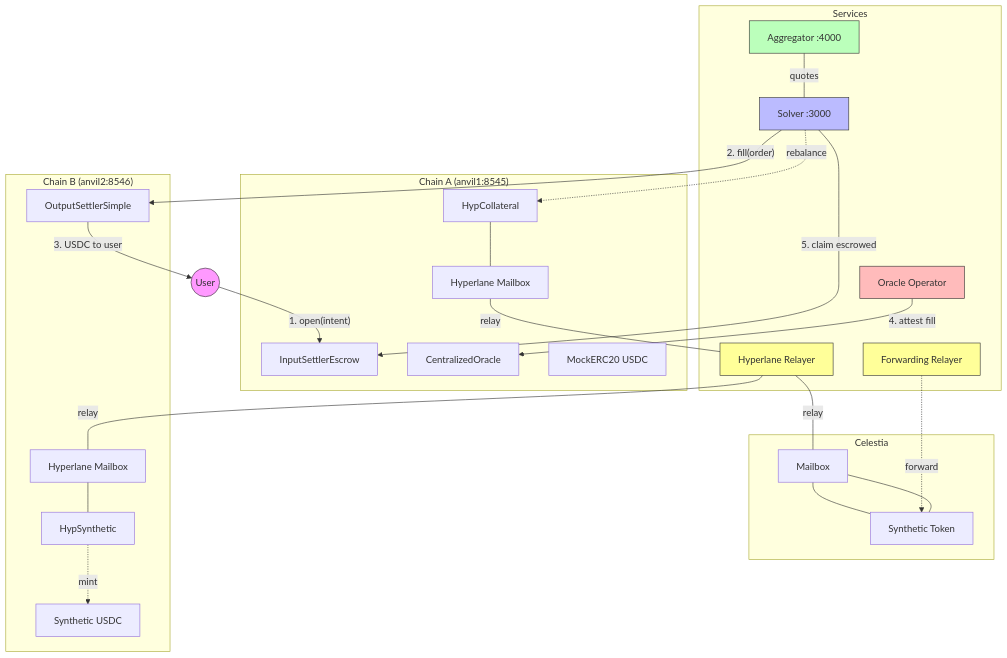
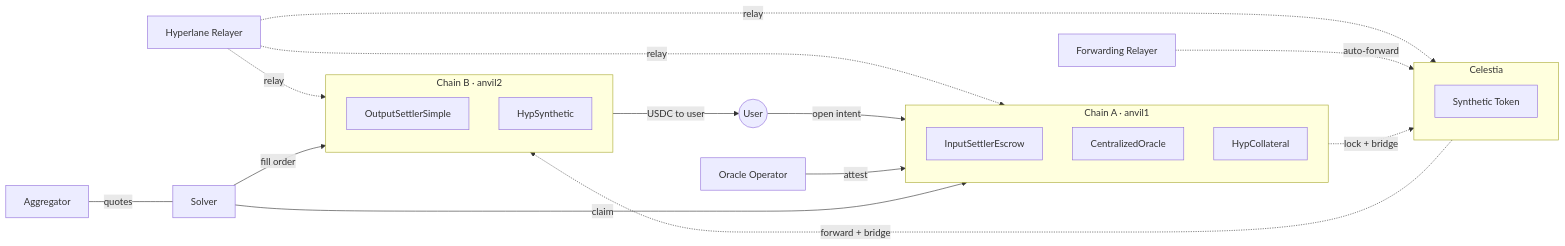
The third of 3 diagrams in README.md (celestiaorg/solver-cli), drawn with Mermaid before and after one commit. The commit also changed 1 other file, not shown here.

Commit message:
wip: readme

````diff
--- a/README.md
+++ b/README.md
@@ -251,58 +251,35 @@
 ```mermaid
-graph TB
-    subgraph "Chain A (anvil1:8545)"
+graph LR
+    U((User)) -->|open intent| A
+    S[Solver] -->|fill order| B
+    B -->|USDC to user| U
+    OO[Oracle Operator] -->|attest| A
+    S -->|claim| A
+
+    subgraph A [Chain A · anvil1]
+        direction TB
         ISE[InputSettlerEscrow]
         CO[CentralizedOracle]
-        HCC[HypCollateral]
-        USDC1[MockERC20 USDC]
-        MB1[Hyperlane Mailbox]
+        HC[HypCollateral]
     end
 
-    subgraph "Celestia"
+    subgraph CEL [Celestia]
+        direction TB
         SYN[Synthetic Token]
-        CMB[Mailbox]
     end
 
-    subgraph "Chain B (anvil2:8546)"
+    subgraph B [Chain B · anvil2]
+        direction TB
         OSS[OutputSettlerSimple]
-        HSS[HypSynthetic]
-        USDC2[Synthetic USDC]
-        MB2[Hyperlane Mailbox]
+        HS[HypSynthetic]
     end
 
-    subgraph Services
-        S[Solver :3000]
-        OO[Oracle Operator]
-        AGG[Aggregator :4000]
-        HR[Hyperlane Relayer]
-        FR[Forwarding Relayer]
-    end
+    HC -. "lock + bridge" .-> SYN
+    SYN -. "forward + bridge" .-> HS
 
-    U((User))
-
-    U -->|"1. open(intent)"| ISE
-    S -->|"2. fill(order)"| OSS
-    OSS -->|"3. USDC to user"| U
-    OO -->|"4. attest fill"| CO
-    S -->|"5. claim escrowed"| ISE
-
-    AGG ---|quotes| S
-
-    S -.->|rebalance| HCC
-    HCC --- MB1
-    MB1 ---|relay| HR
-    HR ---|relay| CMB
-    CMB --- SYN
-    FR -.->|forward| SYN
-    SYN --- CMB
-    HR ---|relay| MB2
-    MB2 --- HSS
-    HSS -.->|mint| USDC2
-
-    style U fill:#f9f,stroke:#333
-    style S fill:#bbf,stroke:#333
-    style OO fill:#fbb,stroke:#333
-    style AGG fill:#bfb,stroke:#333
-    style HR fill:#ff9,stroke:#333
-    style FR fill:#ff9,stroke:#333
+    AGG[Aggregator] ---|quotes| S
+    HR[Hyperlane Relayer] -.->|relay| HC
+    HR -.->|relay| SYN
+    HR -.->|relay| HS
+    FR[Forwarding Relayer] -.->|auto-forward| SYN
 ```
````
